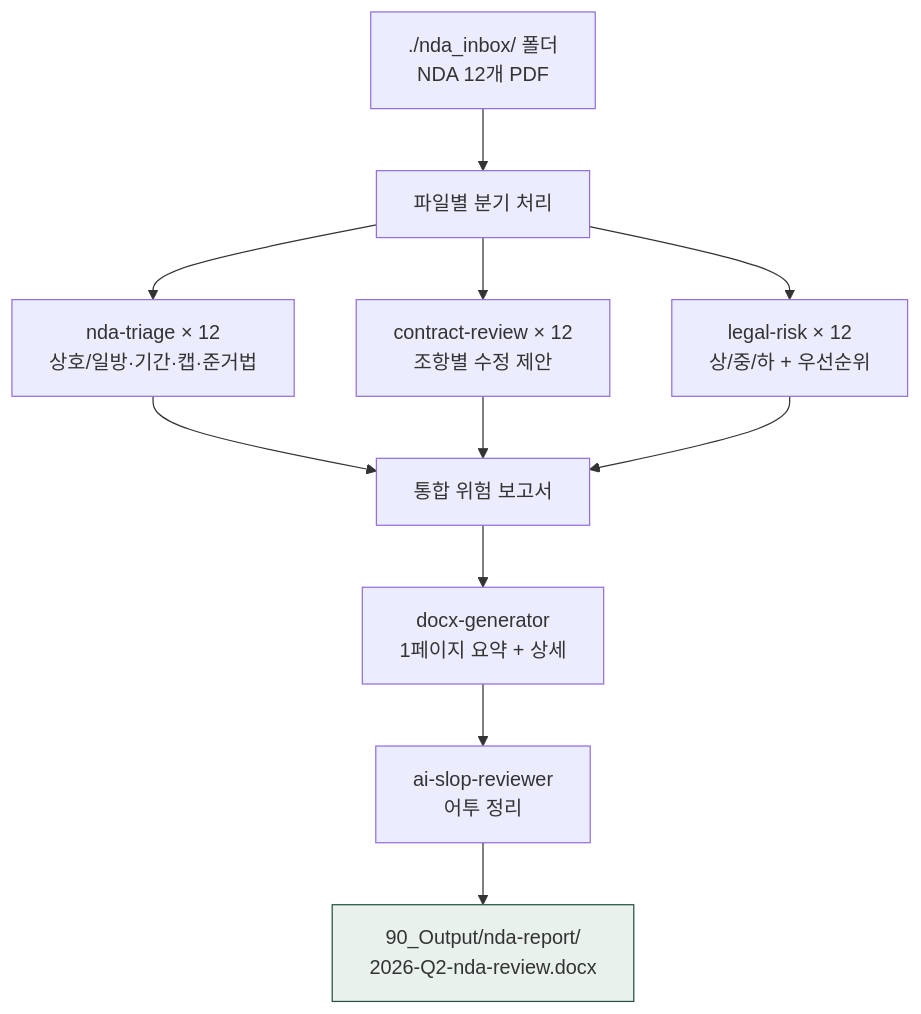
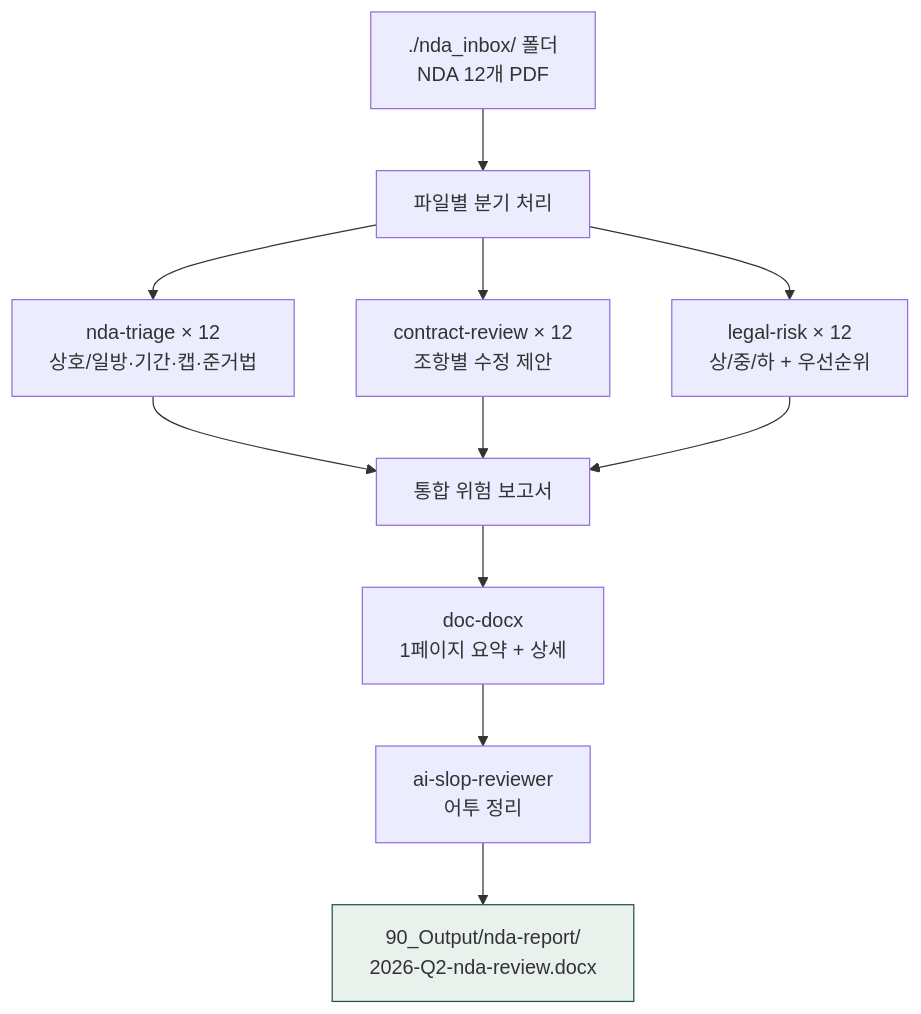
The fourth of 4 diagrams in www/content/cookbook/legal-nda-batch.md (modu-ai/cowork-plugins), drawn with Mermaid before and after one commit. The commit also changed other lines of this file and 45 other files, not shown here.

First line of the commit message:
docs(www): 스킬명 정합 + 깨진 링크 수정 + mermaid 보강

````diff
--- a/www/content/cookbook/legal-nda-batch.md
+++ b/www/content/cookbook/legal-nda-batch.md
@@ -132,14 +132,14 @@
 ```mermaid
 flowchart TB
    P["./nda_inbox/ 폴더<br/>NDA 12개 PDF"] --> Loop["파일별 분기 처리"]
    Loop --> S1["nda-triage × 12<br/>상호/일방·기간·캡·준거법"]
    Loop --> S2["contract-review × 12<br/>조항별 수정 제안"]
    Loop --> S3["legal-risk × 12<br/>상/중/하 + 우선순위"]
    S1 --> Agg["통합 위험 보고서"]
    S2 --> Agg
    S3 --> Agg
-   Agg --> D["docx-generator<br/>1페이지 요약 + 상세"]
+   Agg --> D["doc-docx<br/>1페이지 요약 + 상세"]
    D --> AI["ai-slop-reviewer<br/>어투 정리"]
    AI --> Out["90_Output/nda-report/<br/>2026-Q2-nda-review.docx"]
    style Out fill:#e8f1ec,stroke:#265240
 ```
````
